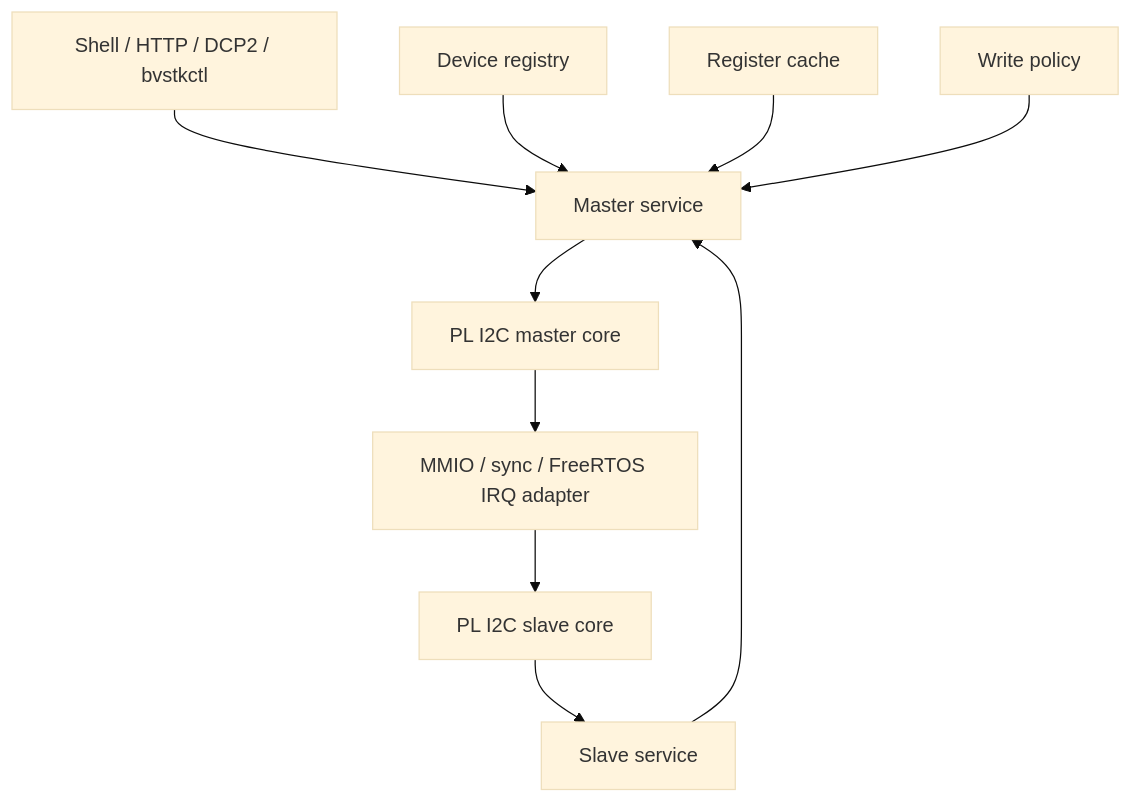
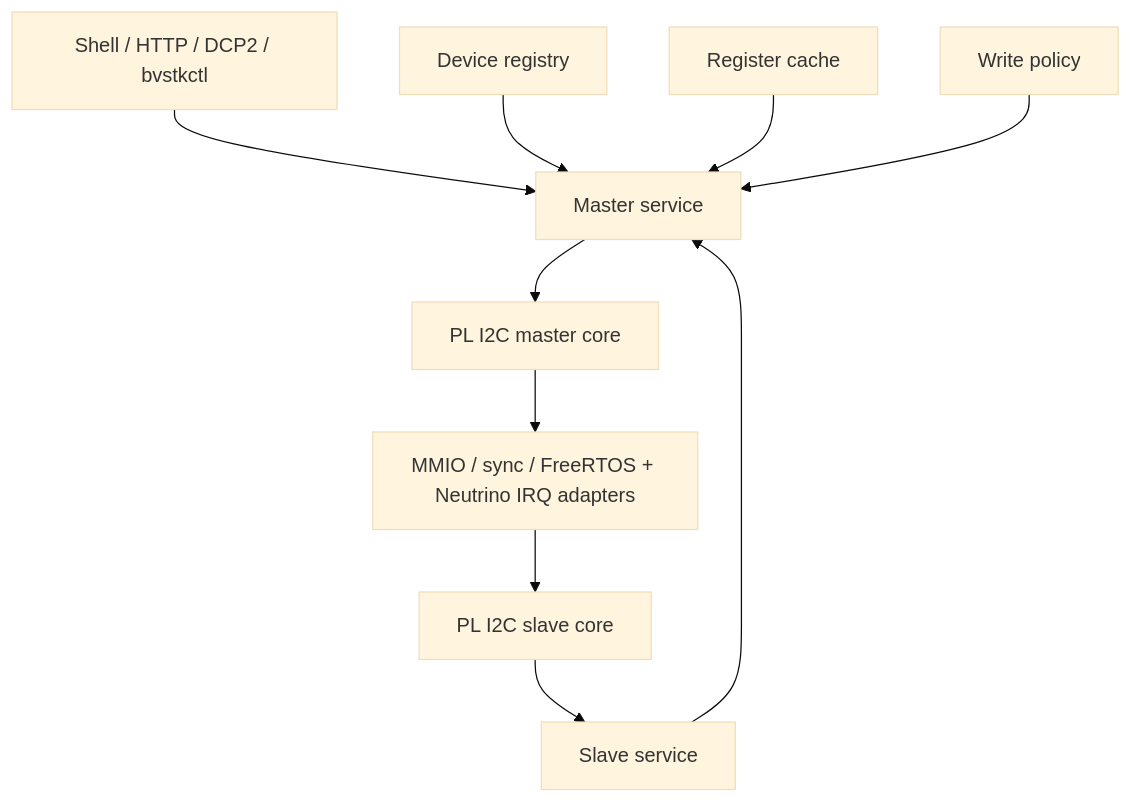
The first of 4 diagrams in docs/dev/pl/i2c.md (igtrefilov/bvstk), drawn with Mermaid (base theme) before and after one commit. The commit also changed other lines of this file and 46 other files, not shown here.

````diff
--- a/docs/dev/pl/i2c.md
+++ b/docs/dev/pl/i2c.md
@@ -7,19 +7,19 @@
 ```mermaid
 flowchart TB
     Surface[Shell / HTTP / DCP2 / bvstkctl]
     Devices[Device registry]
     Cache[Register cache]
     Policy[Write policy]
     MasterService[Master service]
     SlaveService[Slave service]
     MasterCore[PL I2C master core]
     SlaveCore[PL I2C slave core]
-    Port[MMIO / sync / FreeRTOS IRQ adapter]
+    Port["MMIO / sync / FreeRTOS + Neutrino IRQ adapters"]
     Surface --> MasterService
     Devices --> MasterService
     Cache --> MasterService
     Policy --> MasterService
     MasterService --> MasterCore --> Port
     SlaveCore --> SlaveService --> MasterService
     Port --> SlaveCore
 ```
````
